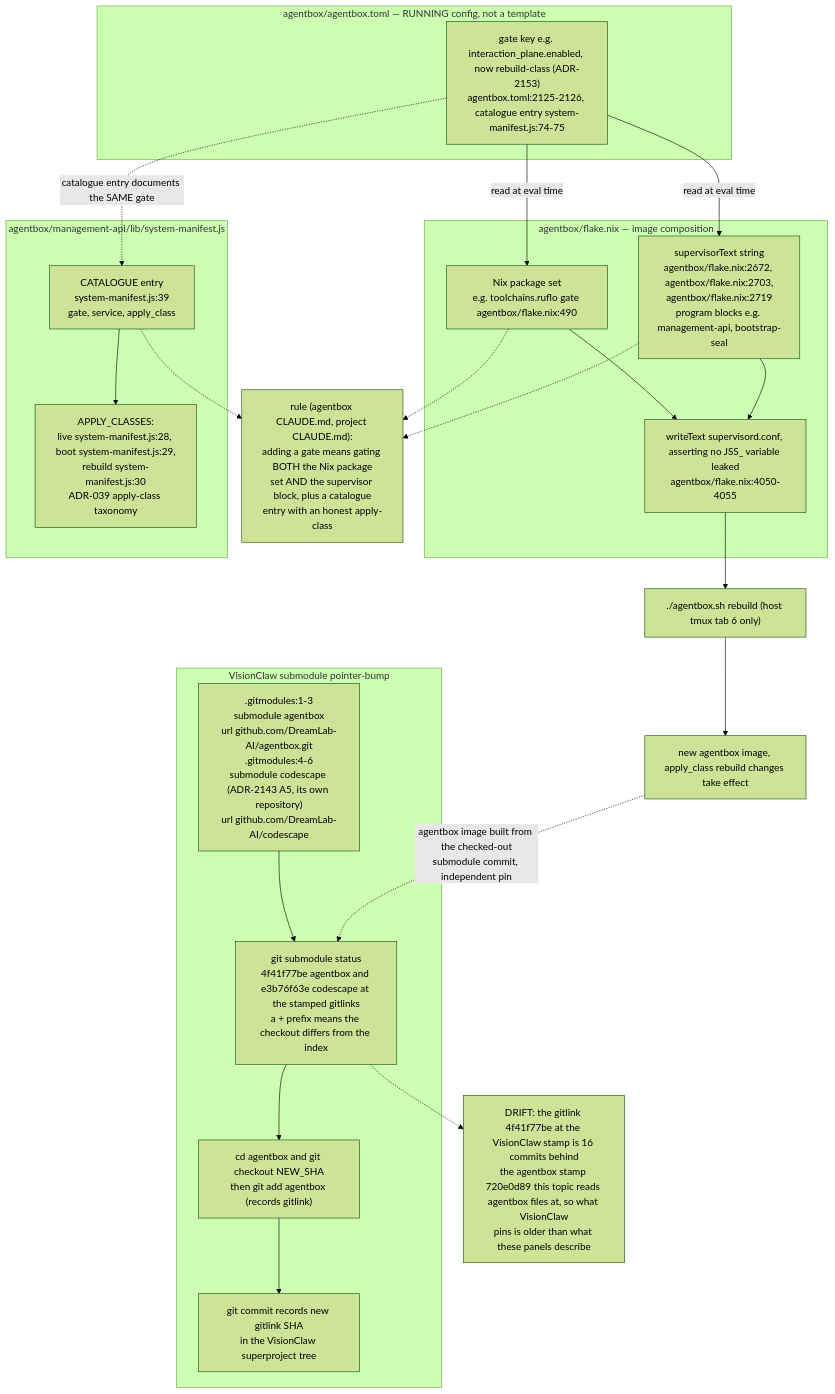
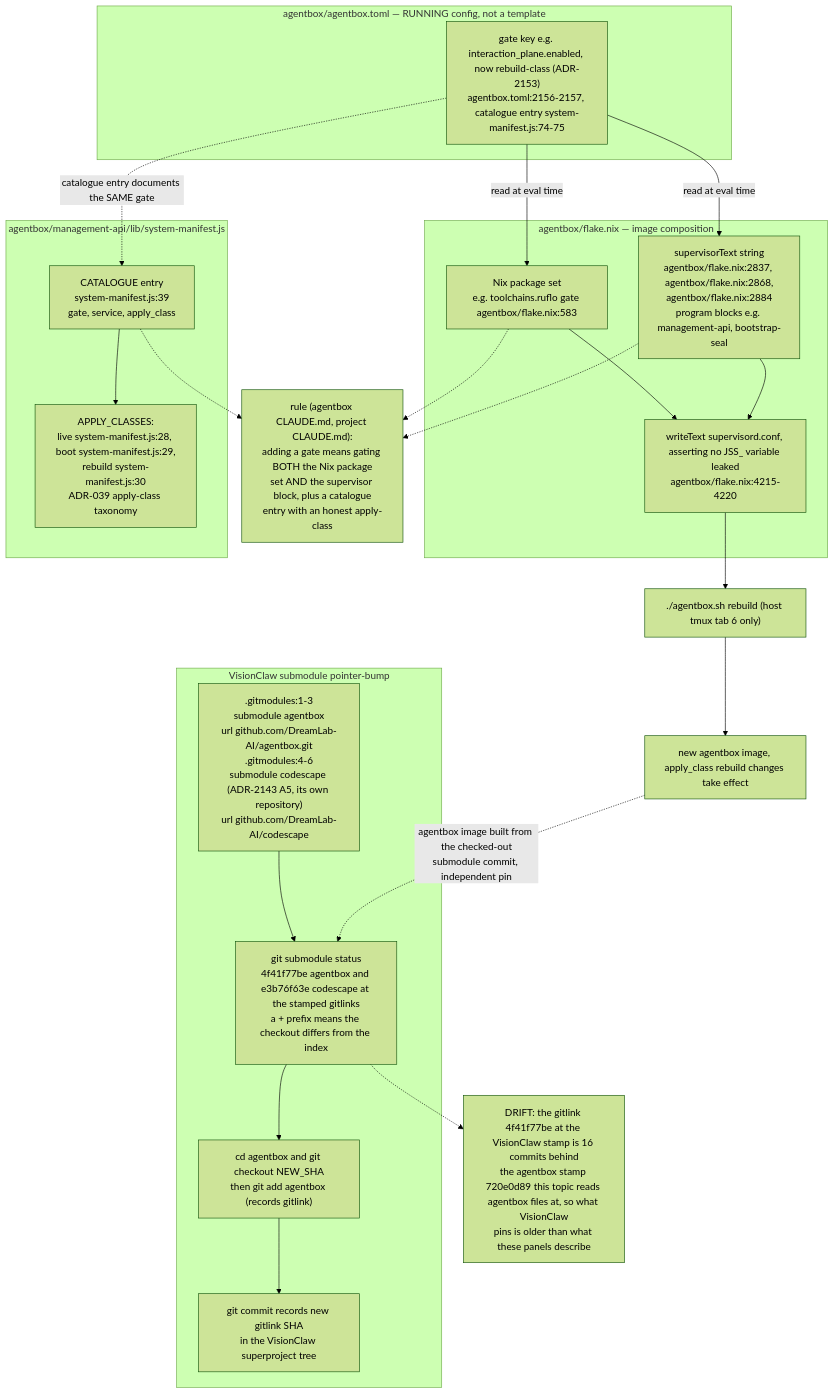
One commit to DreamLab-AI/VisionFlow changed the tenth of 24 diagrams in docs/diagrams/estate/09-build-deploy-and-ci-estate.md. Above: the diagram before and after it, drawn with Mermaid (forest theme). The commit also changed other lines of this file and 5 other files, not shown here.

````diff
--- a/docs/diagrams/estate/09-build-deploy-and-ci-estate.md
+++ b/docs/diagrams/estate/09-build-deploy-and-ci-estate.md
@@ -406,44 +408,44 @@
 ```mermaid
 flowchart TB
     subgraph FLAKE["agentbox/flake.nix — image composition"]
-        NIXPKG["Nix package set<br/>e.g. toolchains.ruflo gate agentbox/flake.nix:490"]
-        SUPTEXT["supervisorText string<br/>agentbox/flake.nix:2672, agentbox/flake.nix:2703,<br/>agentbox/flake.nix:2719<br/>program blocks e.g. management-api, bootstrap-seal"]
-        SUPWRITE["writeText supervisord.conf, asserting no JSS_ variable leaked<br/>agentbox/flake.nix:4050-4055"]
+        NIXPKG["Nix package set<br/>e.g. toolchains.ruflo gate agentbox/flake.nix:583"]
+        SUPTEXT["supervisorText string<br/>agentbox/flake.nix:2837, agentbox/flake.nix:2868,<br/>agentbox/flake.nix:2884<br/>program blocks e.g. management-api, bootstrap-seal"]
+        SUPWRITE["writeText supervisord.conf, asserting no JSS_ variable leaked<br/>agentbox/flake.nix:4215-4220"]
     end
     subgraph TOML["agentbox/agentbox.toml — RUNNING config, not a template"]
-        GATEKEY["gate key e.g. interaction_plane.enabled, now rebuild-class (ADR-2153)<br/>agentbox.toml:2125-2126, catalogue entry system-manifest.js:74-75"]
+        GATEKEY["gate key e.g. interaction_plane.enabled, now rebuild-class (ADR-2153)<br/>agentbox.toml:2156-2157, catalogue entry system-manifest.js:74-75"]
     end
     subgraph MANIFEST["agentbox/management-api/lib/system-manifest.js"]
         CATALOGUE["CATALOGUE entry<br/>system-manifest.js:39<br/>gate, service, apply_class"]
         APPLYCLASS["APPLY_CLASSES:<br/>live system-manifest.js:28, boot system-manifest.js:29,<br/>rebuild system-manifest.js:30<br/>ADR-039 apply-class taxonomy"]
     end
 
     GATEKEY -->|"read at eval time"| NIXPKG
     GATEKEY -->|"read at eval time"| SUPTEXT
     NIXPKG --> SUPWRITE
     SUPTEXT --> SUPWRITE
     GATEKEY -.->|"catalogue entry documents the SAME gate"| CATALOGUE
     CATALOGUE --> APPLYCLASS
 
     RULE["rule (agentbox CLAUDE.md, project CLAUDE.md):<br/>adding a gate means gating BOTH the Nix package<br/>set AND the supervisor block, plus a catalogue<br/>entry with an honest apply-class"]
     NIXPKG -.-> RULE
     SUPTEXT -.-> RULE
     CATALOGUE -.-> RULE
 
     REBUILD["./agentbox.sh rebuild (host tmux tab 6 only)"]
     SUPWRITE --> REBUILD
     REBUILD --> IMAGE["new agentbox image, apply_class rebuild changes take effect"]
 
     subgraph SUBMOD["VisionClaw submodule pointer-bump"]
         GITMODULES[".gitmodules:1-3<br/>submodule agentbox<br/>url github.com/DreamLab-AI/agentbox.git<br/>.gitmodules:4-6<br/>submodule codescape (ADR-2143 A5, its own repository)<br/>url github.com/DreamLab-AI/codescape"]
         SUBSTATUS["git submodule status<br/>4f41f77be agentbox and e3b76f63e codescape at the stamped gitlinks<br/>a + prefix means the checkout differs from the index"]
         SUBUPDATE["cd agentbox and git checkout NEW_SHA<br/>then git add agentbox (records gitlink)"]
         SUBCOMMIT["git commit records new gitlink SHA<br/>in the VisionClaw superproject tree"]
     end
     GITMODULES --> SUBSTATUS
     SUBSTATUS --> SUBUPDATE
     SUBUPDATE --> SUBCOMMIT
     IMAGE -.->|"agentbox image built from the checked-out<br/>submodule commit, independent pin"| SUBSTATUS
     SKEW["DRIFT: the gitlink 4f41f77be at the VisionClaw stamp is 16 commits behind<br/>the agentbox stamp 720e0d89 this topic reads agentbox files at, so what VisionClaw<br/>pins is older than what these panels describe"]
     SUBSTATUS -.-> SKEW
 ```
````
